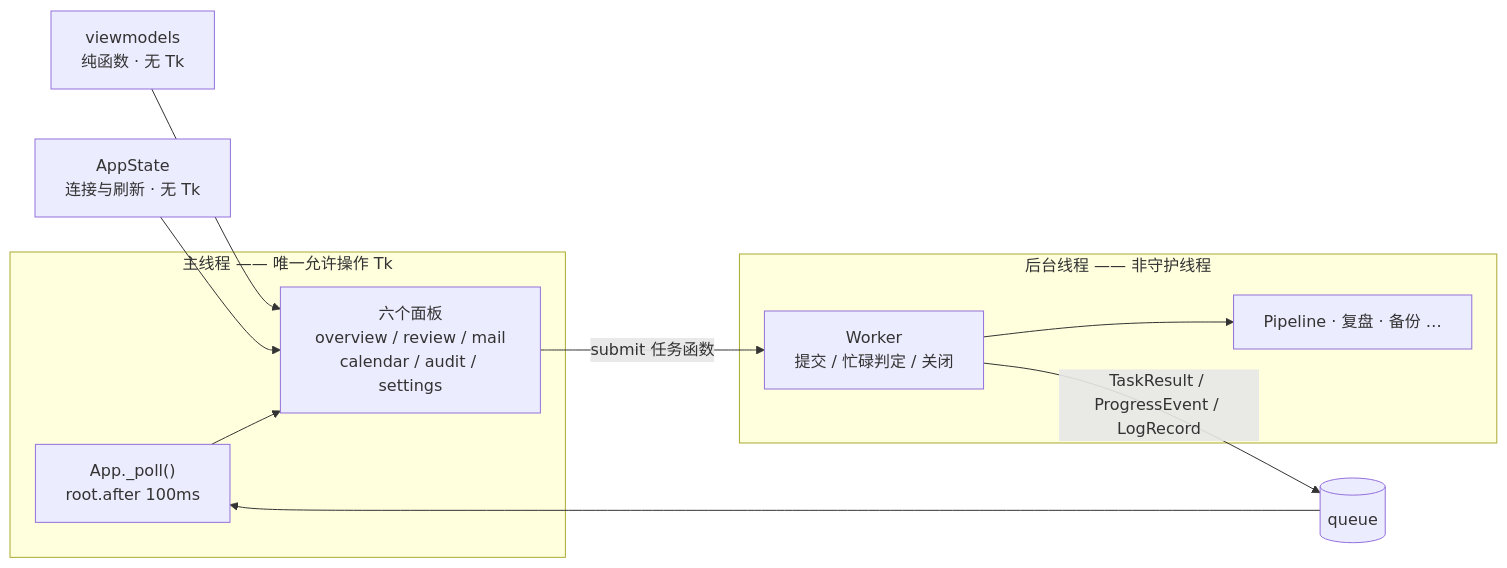
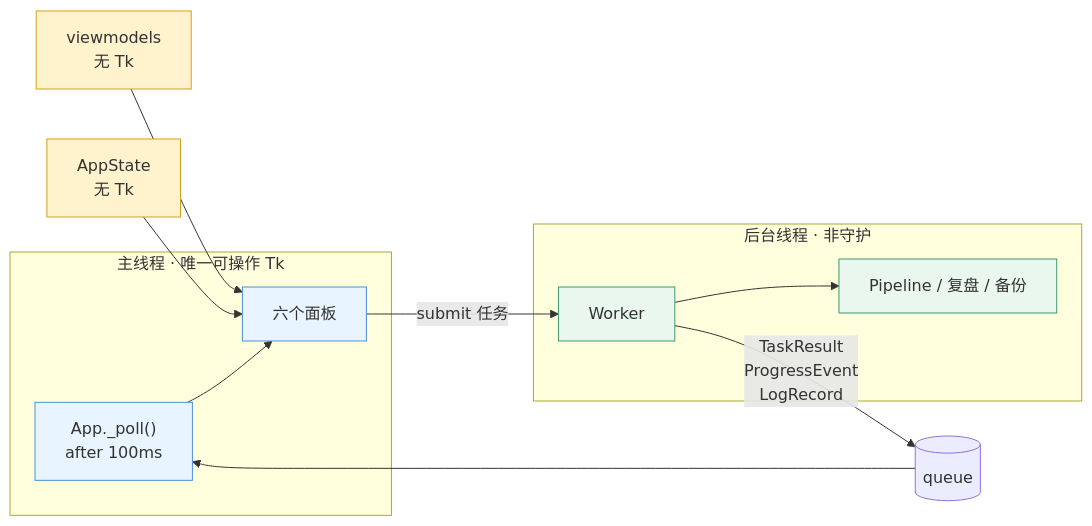
One commit to GoingFall/auto-mail changed the seventh of 7 diagrams in README.md. Above: the diagram before and after it, drawn with Mermaid. The commit also changed other lines of this file, not shown here.

First line of the commit message:
README: 按 mermaid-readability 规则重做全部图表

````diff
--- a/README.md
+++ b/README.md
@@ -469,23 +504,30 @@
 ```mermaid
 flowchart LR
-    subgraph MT["主线程 —— 唯一允许操作 Tk"]
-        POLL["App._poll()<br/>root.after 100ms"]
-        PL["六个面板<br/>overview / review / mail<br/>calendar / audit / settings"]
+    subgraph MT["主线程 · 唯一可操作 Tk"]
+        POLL["App._poll()<br/>after 100ms"]
+        PL["六个面板"]
     end
 
-    subgraph BT["后台线程 —— 非守护线程"]
-        WK["Worker<br/>提交 / 忙碌判定 / 关闭"]
-        JOB["Pipeline · 复盘 · 备份 …"]
+    subgraph BT["后台线程 · 非守护"]
+        WK["Worker"]
+        JOB["Pipeline / 复盘 / 备份"]
     end
 
     Q[("queue")]
 
-    WK -->|"TaskResult / ProgressEvent / LogRecord"| Q
+    WK -->|"TaskResult<br/>ProgressEvent<br/>LogRecord"| Q
     Q --> POLL --> PL
-    PL -->|"submit 任务函数"| WK --> JOB
+    PL -->|"submit 任务"| WK --> JOB
 
-    STATE["AppState<br/>连接与刷新 · 无 Tk"]
-    VM["viewmodels<br/>纯函数 · 无 Tk"]
+    STATE["AppState<br/>无 Tk"]
+    VM["viewmodels<br/>无 Tk"]
     STATE --> PL
     VM --> PL
+
+    classDef ui fill:#e8f4ff,stroke:#4a90d9
+    classDef bg fill:#e9f7ef,stroke:#3d9970
+    classDef pure fill:#fff3cd,stroke:#d4a017
+    class POLL,PL ui
+    class WK,JOB bg
+    class STATE,VM pure
 ```
````
